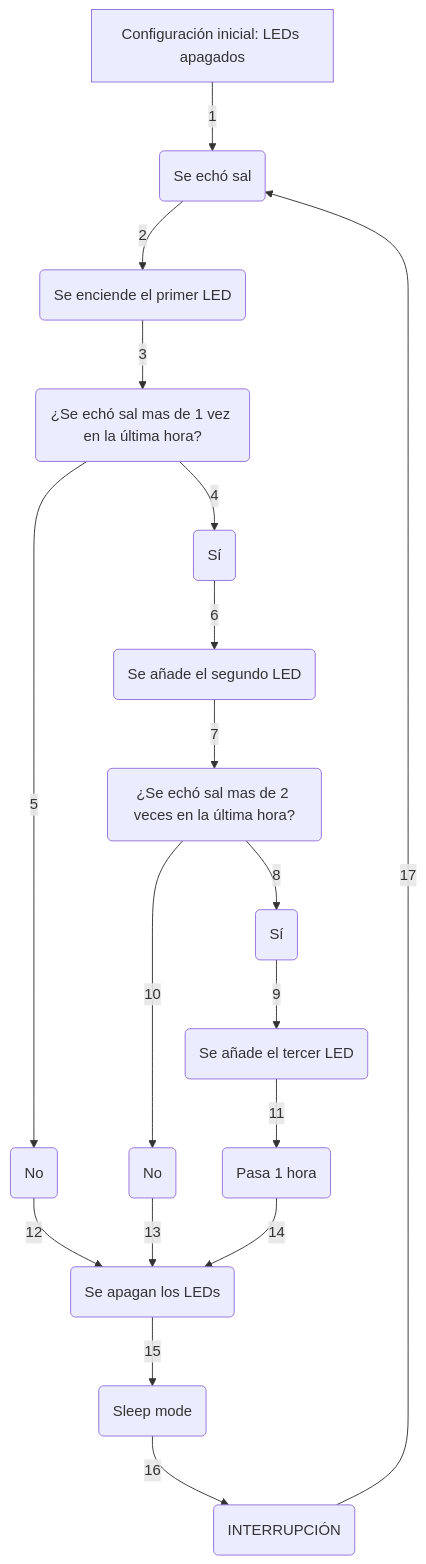
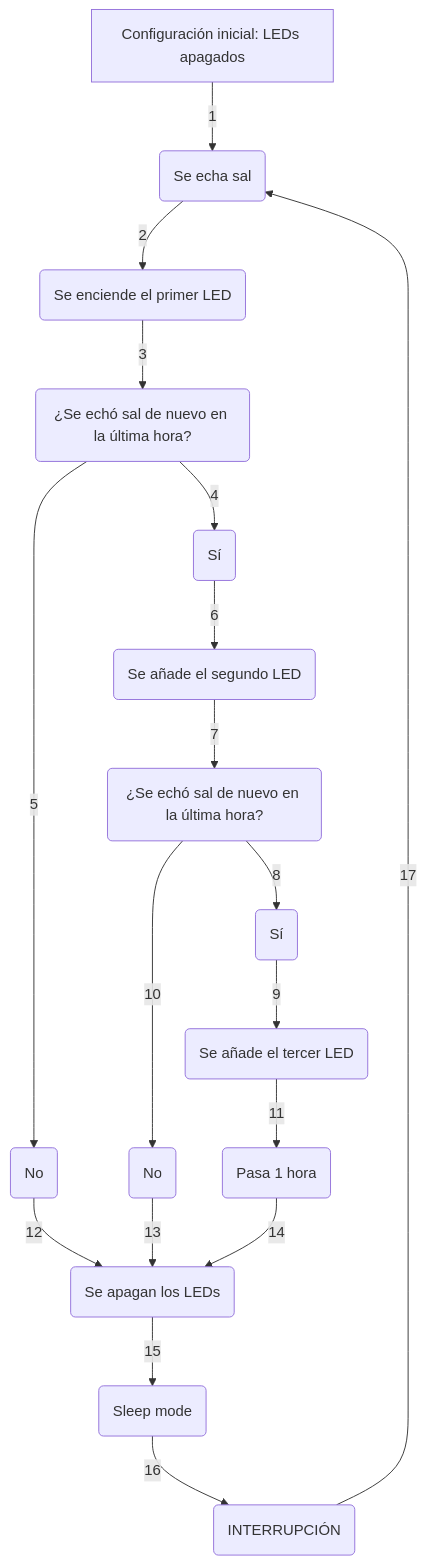
Before and after one commit to MediaLabUniovi/Salero-MdN: the diagram in README.md, drawn with Mermaid. The commit also changed other lines of this file, not shown here.

Commit message:
Update README.md to v1.0

````diff
--- a/README.md
+++ b/README.md
@@ -80,21 +80,21 @@
 ```mermaid
 graph TD;
-  A[Configuración inicial: LEDs apagados] -->|1| B(Se echó sal)
+  A[Configuración inicial: LEDs apagados] -->|1| B(Se echa sal)
   G -->|15| S(Sleep mode)
   S -->|16| T(INTERRUPCIÓN)
   T -->|17| B
   B -->|2| H(Se enciende el primer LED)
-  H -->|3| I(¿Se echó sal mas de 1 vez en la última hora?)
+  H -->|3| I(¿Se echó sal de nuevo en la última hora?)
   I -->|4| J(Sí)
   I -->|5| K(No)
   K -->|12| G(Se apagan los LEDs)
   J -->|6| L(Se añade el segundo LED)
-  L -->|7| M(¿Se echó sal mas de 2 veces en la última hora?)
+  L -->|7| M(¿Se echó sal de nuevo en la última hora?)
   M -->|8| N(Sí)
   M -->|10| O(No)
   N -->|9| P(Se añade el tercer LED)
   O -->|13| G
   P -->|11| R(Pasa 1 hora)
   R -->|14| G
   
 ```
````
